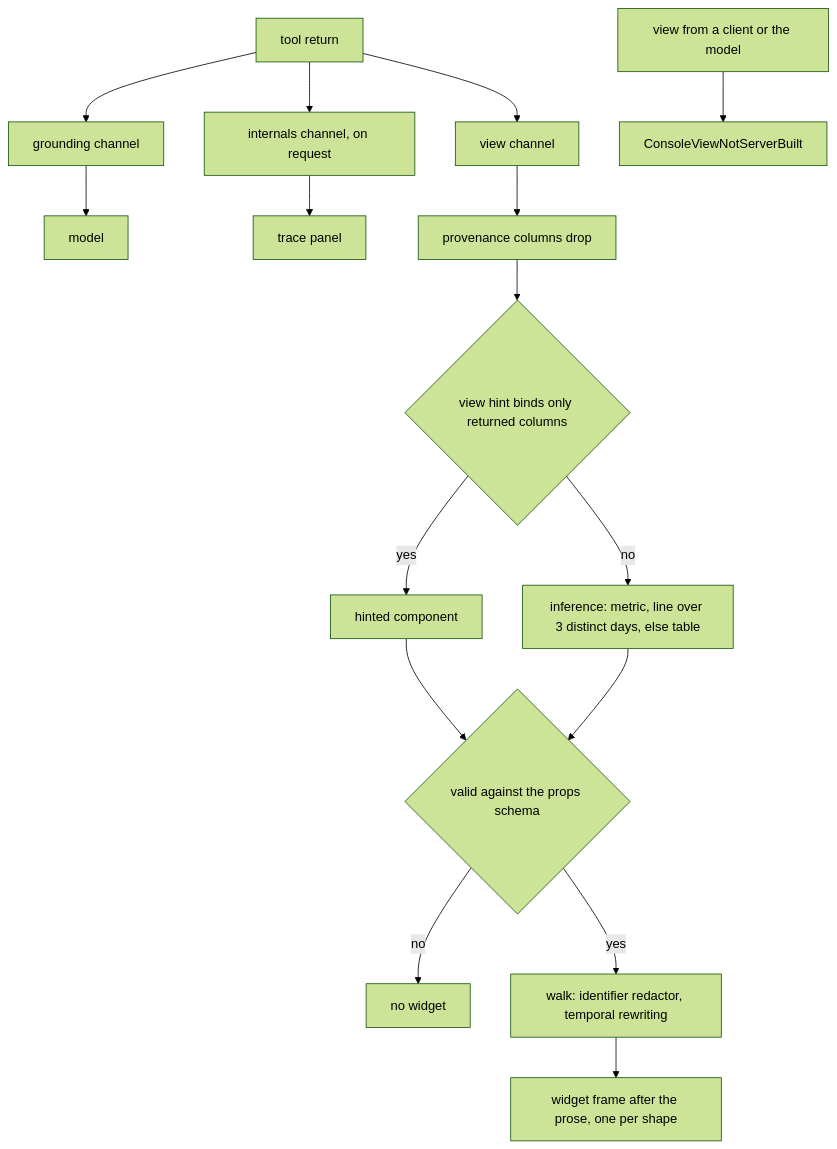
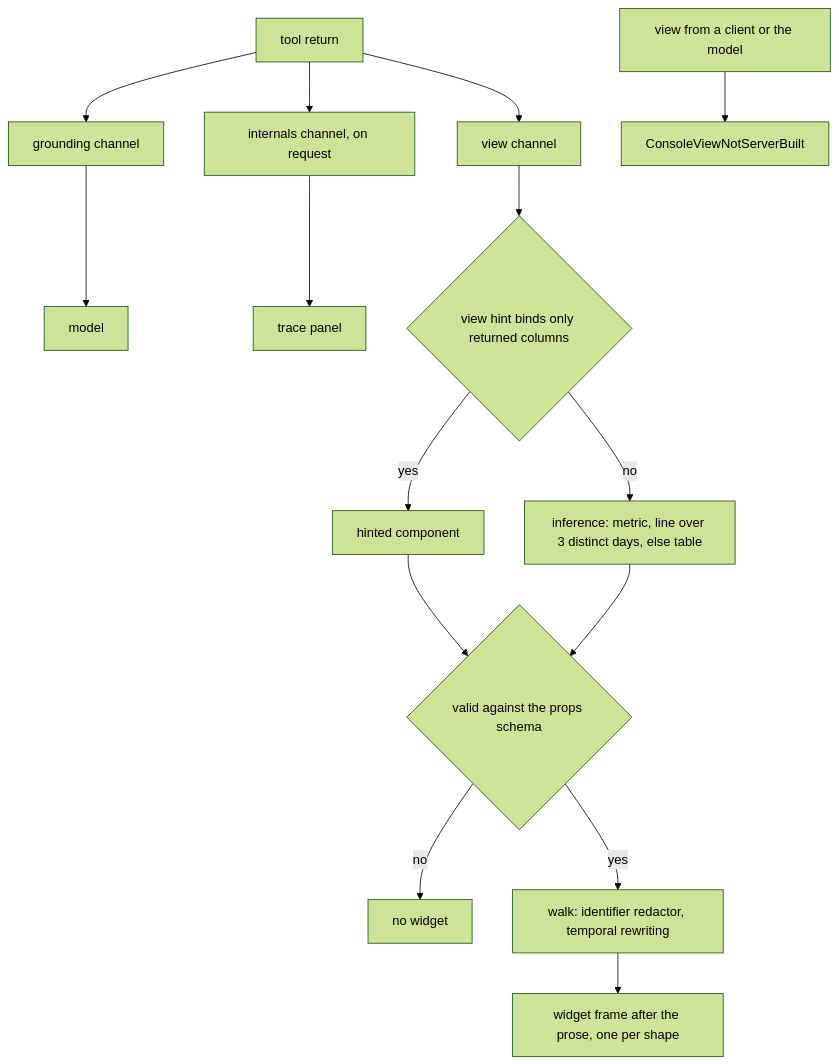
Before and after one commit to fractalboxdev/contextful: the fourth of 5 diagrams in spec/71-console.md, drawn with Mermaid (forest theme). The commit also changed other lines of this file and 7 other files, not shown here.

````diff
--- a/spec/71-console.md
+++ b/spec/71-console.md
@@ -181,18 +181,17 @@
 ```mermaid
 flowchart TD
   TR["tool return"] --> G["grounding channel"]
   TR --> I["internals channel, on request"]
   TR --> V["view channel"]
   G --> M["model"]
   I --> TP["trace panel"]
   CV["view from a client or the model"] --> E1["ConsoleViewNotServerBuilt"]
-  V --> PD["provenance columns drop"]
-  PD --> H{"view hint binds only returned columns"}
+  V --> H{"view hint binds only returned columns"}
   H -- "yes" --> HC["hinted component"]
   H -- "no" --> INF["inference: metric, line over 3 distinct days, else table"]
   HC --> VAL{"valid against the props schema"}
   INF --> VAL
   VAL -- "no" --> NONE["no widget"]
   VAL -- "yes" --> WALK["walk: identifier redactor, temporal rewriting"]
   WALK --> W["widget frame after the prose, one per shape"]
 ```
````
